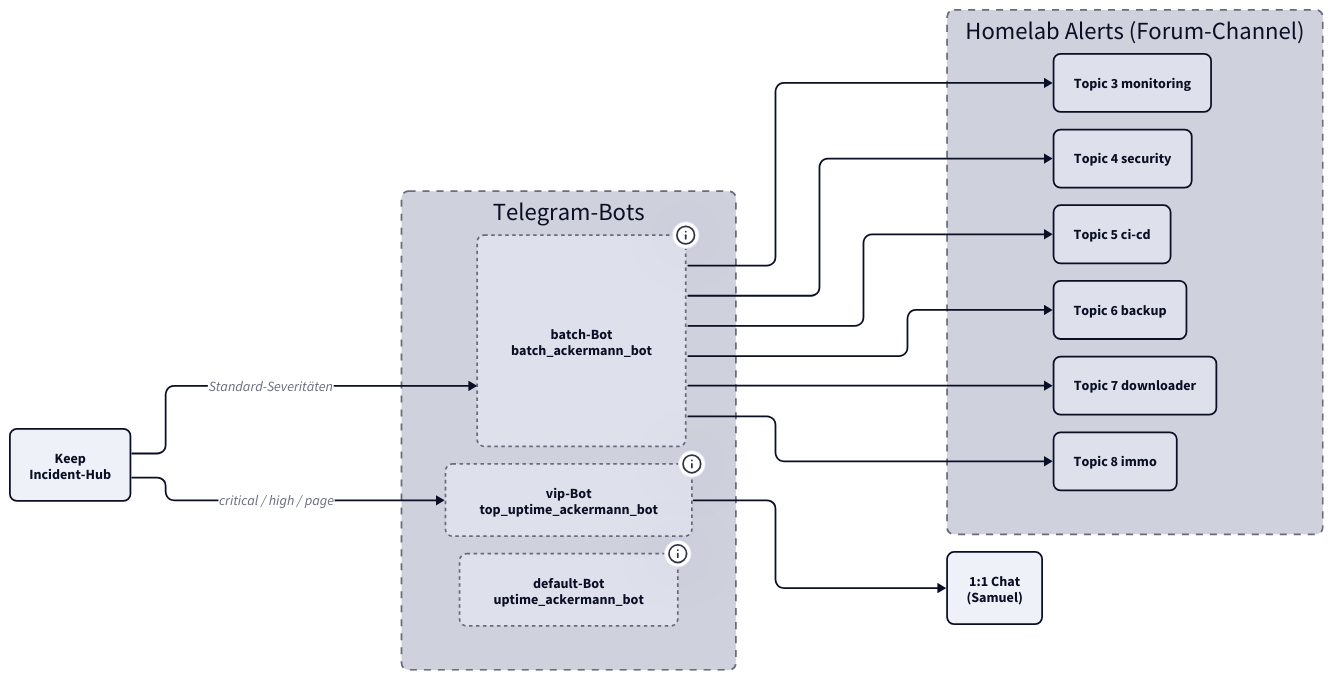
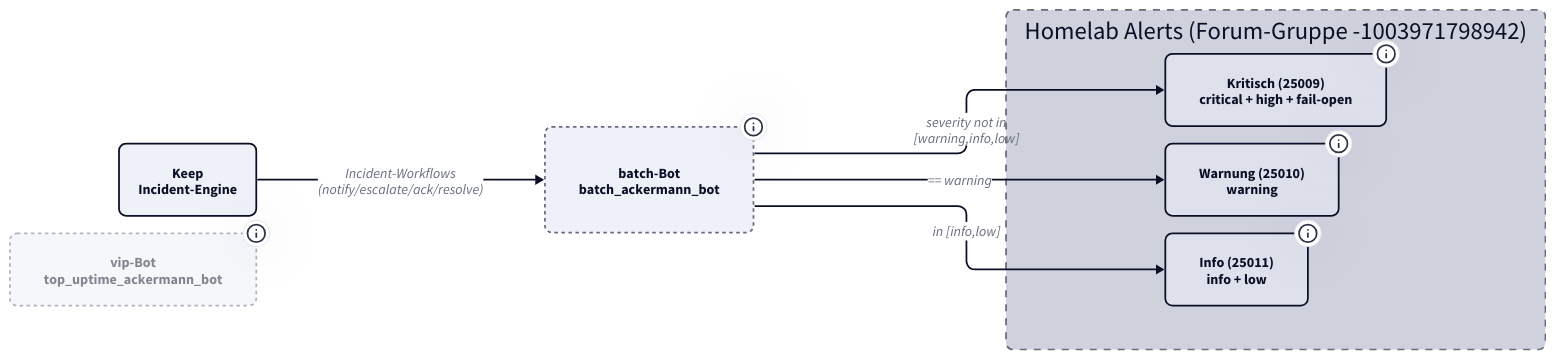
Before and after one commit to derever-labs/homelab-wiki: the diagram in docs/monitoring/telegram-bots.md, drawn with D2. The commit also changed other lines of this file and 3 other files, not shown here.

First line of the commit message:
docs(keep): Wiki auf Severity-Topic-Architektur überarbeiten

````diff
--- a/docs/monitoring/telegram-bots.md
+++ b/docs/monitoring/telegram-bots.md
@@ -19,57 +19,42 @@
 ```d2
 direction: right
 
 vars: {
   d2-config: {
     theme-id: 1
     layout-engine: elk
   }
 }
 
 classes: {
   svc: { style: { border-radius: 8 } }
   agent: { style: { border-radius: 8; stroke-dash: 2 } }
   container: { style: { border-radius: 8; stroke-dash: 4 } }
   sink: { style: { border-radius: 8 } }
+  idle: { style: { border-radius: 8; stroke-dash: 2; opacity: 0.5 } }
 }
 
-keep: Keep\nIncident-Hub { class: svc }
+keep: Keep\nIncident-Engine { class: svc }
 
-bots: Telegram-Bots {
-  class: container
-  batch: batch-Bot\nbatch_ackermann_bot {
-    class: agent
-    tooltip: "Standard-Schiene; postet in Forum-Topics"
-  }
-  vip: vip-Bot\ntop_uptime_ackermann_bot {
-    class: agent
-    tooltip: "Critical-Eskalation; postet im 1:1-Chat"
-  }
-  default: default-Bot\nuptime_ackermann_bot {
-    class: agent
-    tooltip: "Legacy für ad-hoc; nicht im Keep-Routing"
-  }
+batch: batch-Bot\nbatch_ackermann_bot {
+  class: agent
+  tooltip: "Alleiniger Sender; Admin der Gruppe (can_manage_topics)"
 }
 
-forum: Homelab Alerts (Forum-Channel) {
-  class: container
-  monitoring: Topic 3 monitoring { class: sink }
-  security: Topic 4 security { class: sink }
-  cicd: Topic 5 ci-cd { class: sink }
-  backup: Topic 6 backup { class: sink }
-  downloader: Topic 7 downloader { class: sink }
-  immo: Topic 8 immo { class: sink }
+vip: vip-Bot\ntop_uptime_ackermann_bot {
+  class: idle
+  tooltip: "Seit 2026-06-09 IDLE -- kein Workflow/Job sendet mehr"
 }
 
-vipchat: 1:1 Chat\n(Samuel) { class: sink }
+forum: Homelab Alerts (Forum-Gruppe -1003971798942) {
+  class: container
+  krit: Kritisch (25009)\ncritical + high + fail-open { class: sink; tooltip: "Ack-Button, NIE muten" }
+  warn: Warnung (25010)\nwarning { class: sink; tooltip: "eigener Mute-Schalter" }
+  info: Info (25011)\ninfo + low { class: sink; tooltip: "default stumm-bar" }
+}
 
-keep -> bots.batch: "Standard-Severitäten"
-keep -> bots.vip: "critical / high / page"
-bots.batch -> forum.monitoring
-bots.batch -> forum.security
-bots.batch -> forum.cicd
-bots.batch -> forum.backup
-bots.batch -> forum.downloader
-bots.batch -> forum.immo
-bots.vip -> vipchat
+keep -> batch: "Incident-Workflows\n(notify/escalate/ack/resolve)"
+batch -> forum.krit: "severity not in\n[warning,info,low]"
+batch -> forum.warn: "== warning"
+batch -> forum.info: "in [info,low]"
 ```
````
